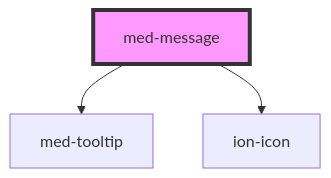
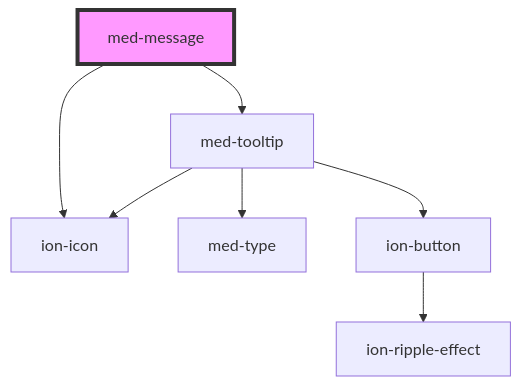
The diagram in core/src/components/@medgrupo/global/med-message/readme.md (MEDGRUPOGIT/ionic-framework-1), drawn with Mermaid before and after one commit. The commit also changed other lines of this file and 291 other files, not shown here.

````diff
--- a/core/src/components/@medgrupo/global/med-message/readme.md
+++ b/core/src/components/@medgrupo/global/med-message/readme.md
@@ -46,6 +37,10 @@
 ```mermaid
 graph TD;
   med-message --> med-tooltip
   med-message --> ion-icon
+  med-tooltip --> med-type
+  med-tooltip --> ion-button
+  med-tooltip --> ion-icon
+  ion-button --> ion-ripple-effect
   style med-message fill:#f9f,stroke:#333,stroke-width:4px
 ```
````
